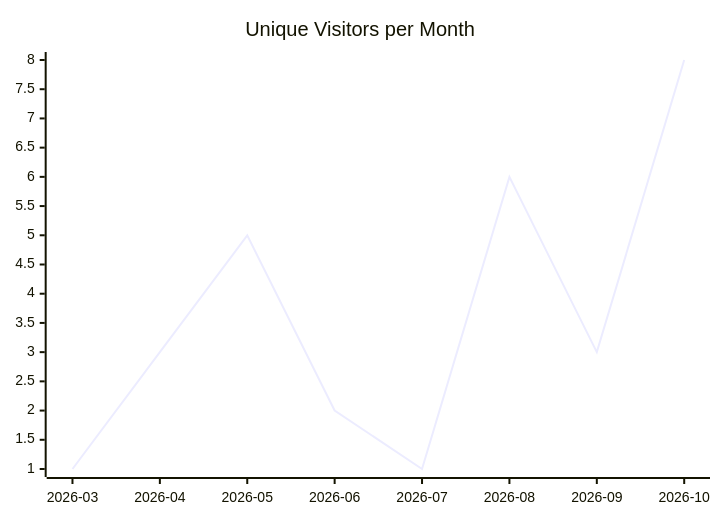
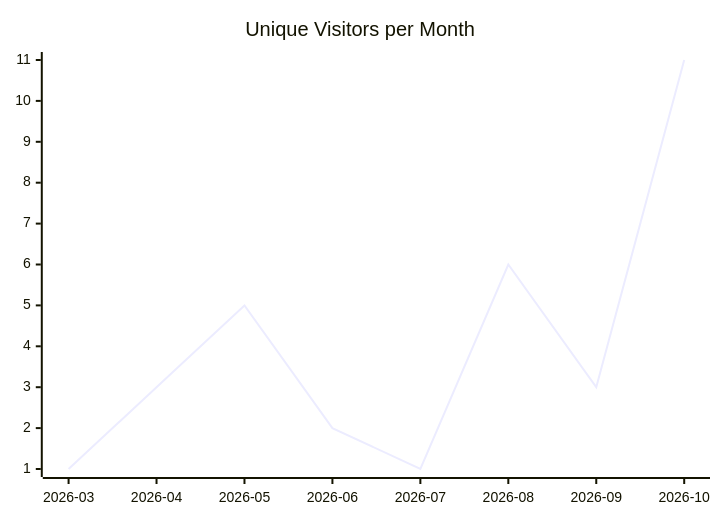
One commit to justdavis-family/github-analytics-data changed the first of 3 diagrams in justdavis-family/justdavis/README.md. Above: the diagram before and after it, drawn with Mermaid. The commit also changed other lines of this file and 199 other files, not shown here.

````diff
--- a/justdavis-family/justdavis/README.md
+++ b/justdavis-family/justdavis/README.md
@@ -5,6 +5,6 @@
 ```mermaid
 xychart-beta
   title "Unique Visitors per Month"
   x-axis ["2026-03", "2026-04", "2026-05", "2026-06", "2026-07", "2026-08", "2026-09", "2026-10"]
-  line [1, 3, 5, 2, 1, 6, 3, 8]
+  line [1, 3, 5, 2, 1, 6, 3, 11]
 ```
````
